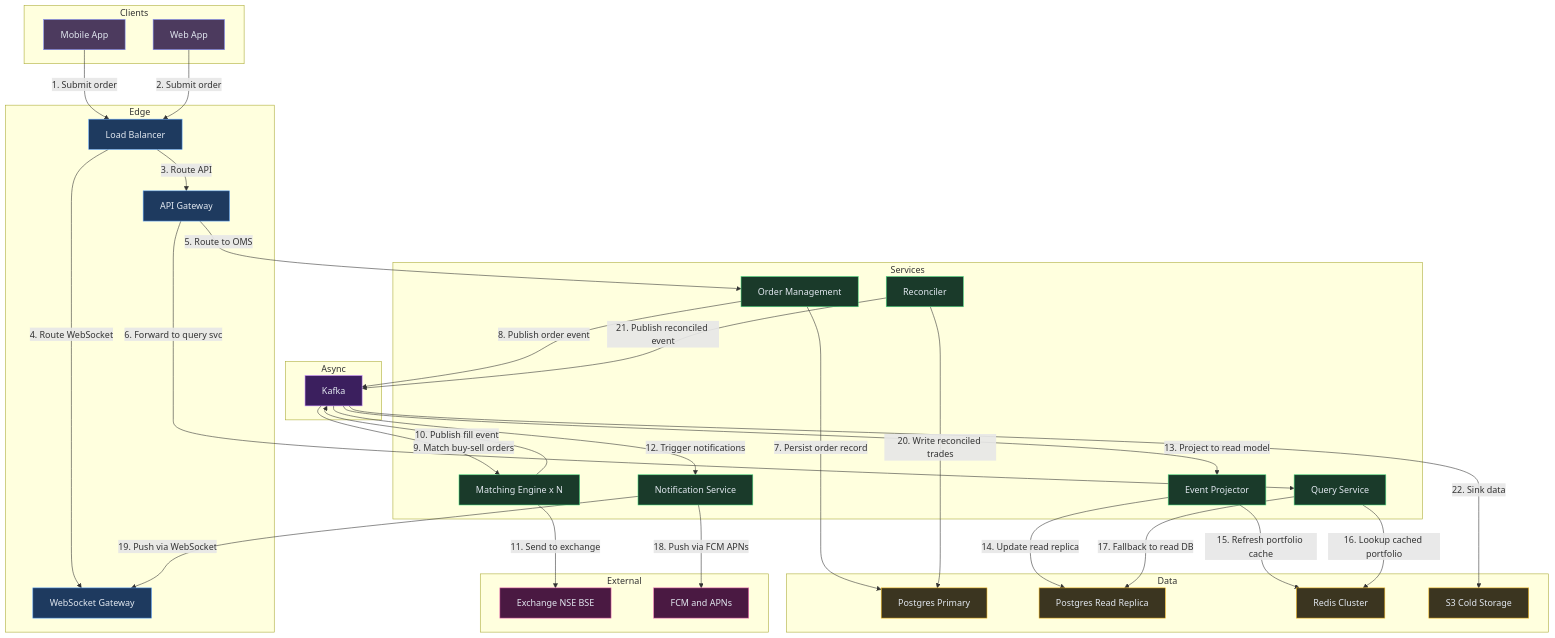
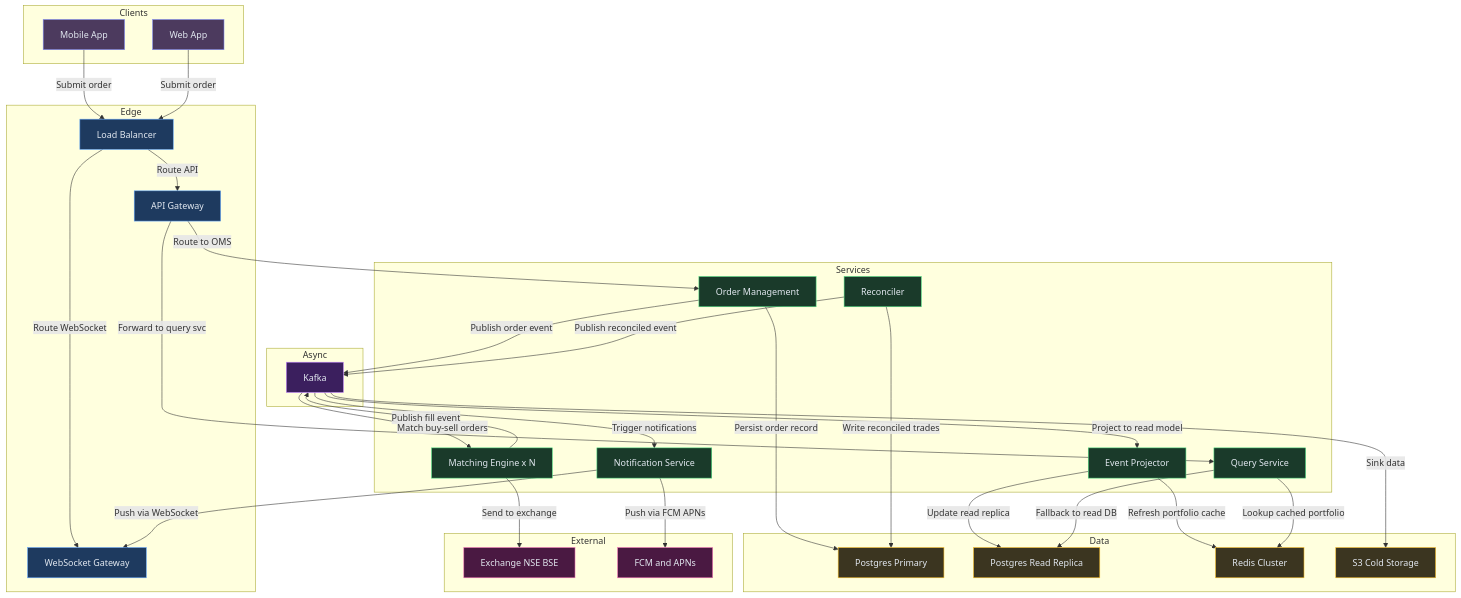
The ninth of 9 diagrams in content/hld/StockBroker.md (iluzn/HLD-Designs), drawn with Mermaid before and after one commit. The commit also changed 26 other files, not shown here.

First line of the commit message:
fix(hld): Remove confusing number prefixes from final architecture diagrams

````diff
--- a/content/hld/StockBroker.md
+++ b/content/hld/StockBroker.md
@@ -564,68 +564,68 @@
 ```mermaid
 flowchart TD
     subgraph Clients
         MOB["Mobile App"]:::client
         WEB["Web App"]:::client
     end
 
     subgraph Edge
         LB["Load Balancer"]:::edge
         GW["API Gateway"]:::edge
         WSG["WebSocket Gateway"]:::edge
     end
 
     subgraph Services
         OMS["Order Management"]:::service
         ME["Matching Engine x N"]:::service
         QS["Query Service"]:::service
         NS["Notification Service"]:::service
         REC["Reconciler"]:::service
         PROJ["Event Projector"]:::service
     end
 
     subgraph Async
         KF["Kafka"]:::async
     end
 
     subgraph Data
         PG["Postgres Primary"]:::data
         PGR["Postgres Read Replica"]:::data
         RD["Redis Cluster"]:::data
         S3["S3 Cold Storage"]:::data
     end
 
     subgraph External
         EX["Exchange NSE BSE"]:::external
         FCM["FCM and APNs"]:::external
     end
 
-    MOB -->|"1. Submit order"| LB
-    WEB -->|"2. Submit order"| LB
-    LB -->|"3. Route API"| GW
-    LB -->|"4. Route WebSocket"| WSG
-    GW -->|"5. Route to OMS"| OMS
-    GW -->|"6. Forward to query svc"| QS
-    OMS -->|"7. Persist order record"| PG
-    OMS -->|"8. Publish order event"| KF
-    KF -->|"9. Match buy-sell orders"| ME
-    ME -->|"10. Publish fill event"| KF
-    ME -->|"11. Send to exchange"| EX
-    KF -->|"12. Trigger notifications"| NS
-    KF -->|"13. Project to read model"| PROJ
-    PROJ -->|"14. Update read replica"| PGR
-    PROJ -->|"15. Refresh portfolio cache"| RD
-    QS -->|"16. Lookup cached portfolio"| RD
-    QS -->|"17. Fallback to read DB"| PGR
-    NS -->|"18. Push via FCM APNs"| FCM
-    NS -->|"19. Push via WebSocket"| WSG
-    REC -->|"20. Write reconciled trades"| PG
-    REC -->|"21. Publish reconciled event"| KF
-    KF -->|"22. Sink data"| S3
+    MOB -->|"Submit order"| LB
+    WEB -->|"Submit order"| LB
+    LB -->|"Route API"| GW
+    LB -->|"Route WebSocket"| WSG
+    GW -->|"Route to OMS"| OMS
+    GW -->|"Forward to query svc"| QS
+    OMS -->|"Persist order record"| PG
+    OMS -->|"Publish order event"| KF
+    KF -->|"Match buy-sell orders"| ME
+    ME -->|"Publish fill event"| KF
+    ME -->|"Send to exchange"| EX
+    KF -->|"Trigger notifications"| NS
+    KF -->|"Project to read model"| PROJ
+    PROJ -->|"Update read replica"| PGR
+    PROJ -->|"Refresh portfolio cache"| RD
+    QS -->|"Lookup cached portfolio"| RD
+    QS -->|"Fallback to read DB"| PGR
+    NS -->|"Push via FCM APNs"| FCM
+    NS -->|"Push via WebSocket"| WSG
+    REC -->|"Write reconciled trades"| PG
+    REC -->|"Publish reconciled event"| KF
+    KF -->|"Sink data"| S3
 
     classDef client fill:#4c3a5e,stroke:#818cf8,color:#e2e8f0
     classDef edge fill:#1e3a5f,stroke:#60a5fa,color:#e2e8f0
     classDef service fill:#1a3a2a,stroke:#4ade80,color:#e2e8f0
     classDef async fill:#3b1f5e,stroke:#c084fc,color:#e2e8f0
     classDef data fill:#3b3520,stroke:#fbbf24,color:#e2e8f0
     classDef external fill:#4a1942,stroke:#f472b6,color:#e2e8f0
 ```
````
